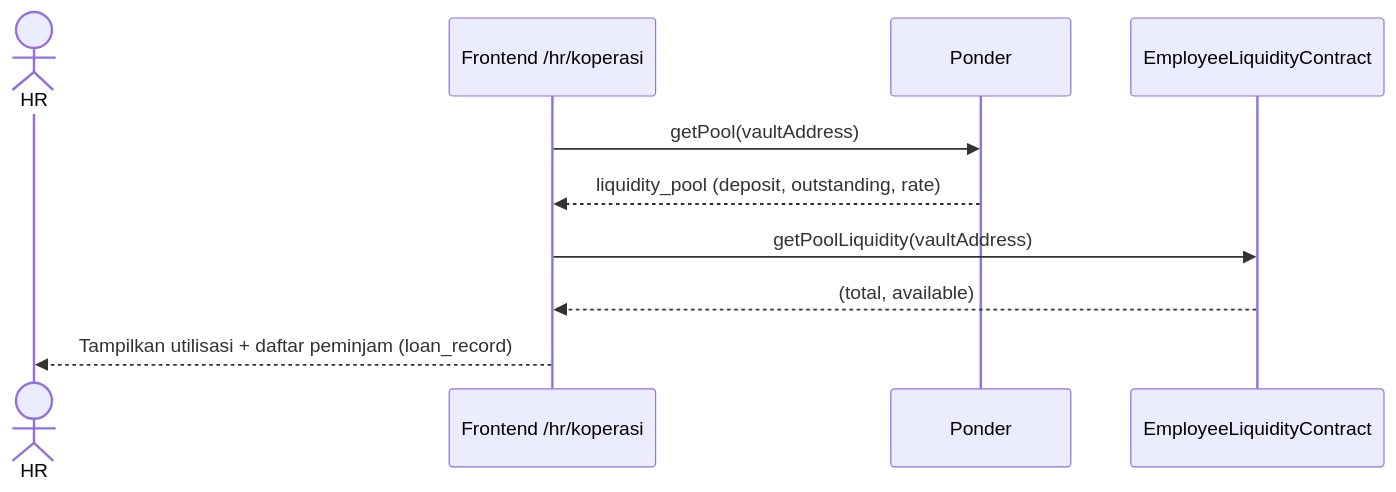
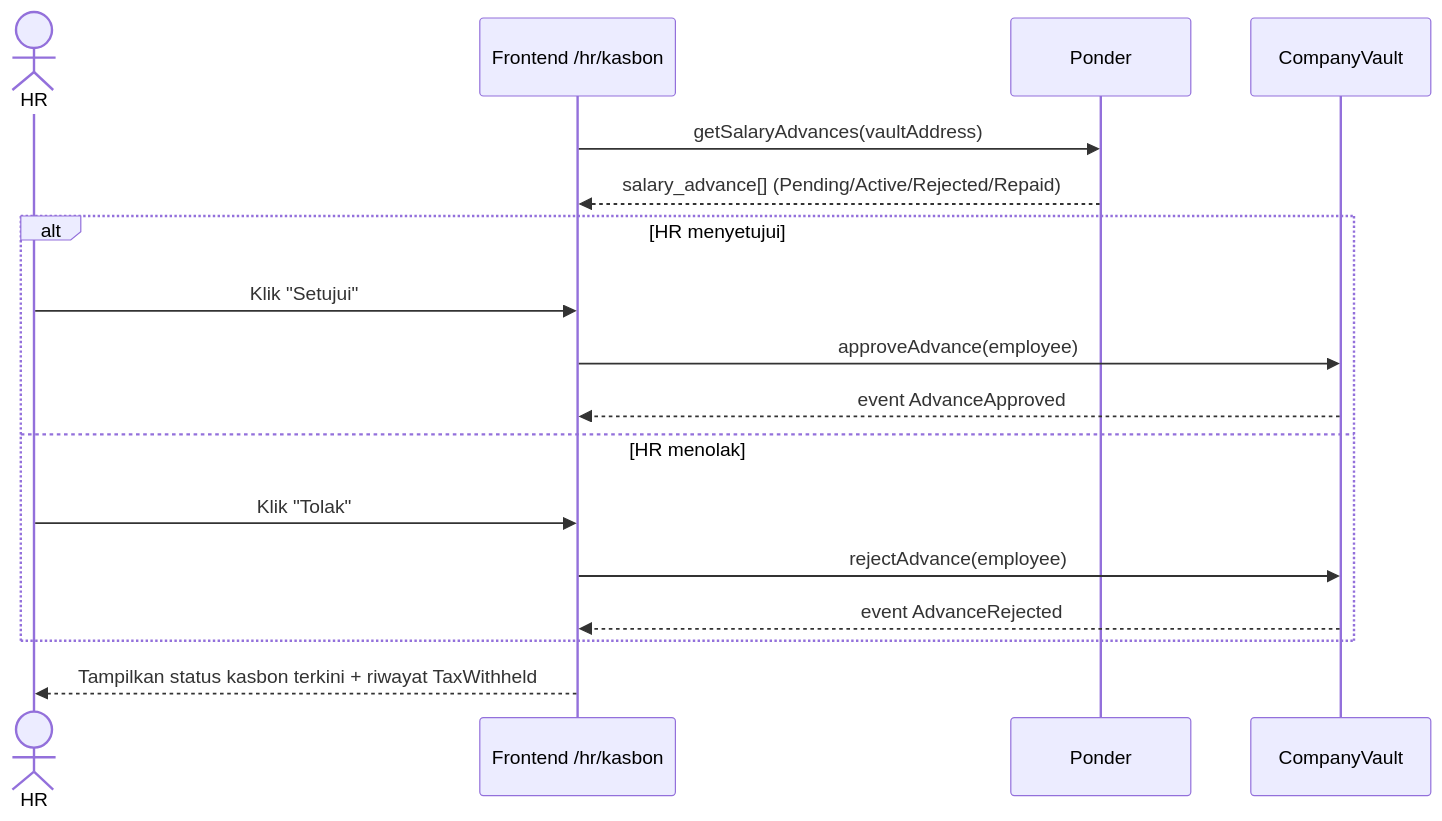
Before and after one commit to skripsi-payroll-dapp/docs: diagram 24 of 40 in docs/DPPL.md, drawn with Mermaid. The commit also changed other lines of this file and 8 other files, not shown here.

````diff
--- a/docs/DPPL.md
+++ b/docs/DPPL.md
@@ -2642,12 +2237,19 @@
 ```mermaid
 sequenceDiagram
     actor HR
-    participant FE as Frontend /hr/koperasi
+    participant FE as Frontend /hr/kasbon
     participant PO as Ponder
-    participant L as EmployeeLiquidityContract
-    FE->>PO: getPool(vaultAddress)
-    PO-->>FE: liquidity_pool (deposit, outstanding, rate)
-    FE->>L: getPoolLiquidity(vaultAddress)
-    L-->>FE: (total, available)
-    FE-->>HR: Tampilkan utilisasi + daftar peminjam (loan_record)
+    participant V as CompanyVault
+    FE->>PO: getSalaryAdvances(vaultAddress)
+    PO-->>FE: salary_advance[] (Pending/Active/Rejected/Repaid)
+    alt HR menyetujui
+        HR->>FE: Klik "Setujui"
+        FE->>V: approveAdvance(employee)
+        V-->>FE: event AdvanceApproved
+    else HR menolak
+        HR->>FE: Klik "Tolak"
+        FE->>V: rejectAdvance(employee)
+        V-->>FE: event AdvanceRejected
+    end
+    FE-->>HR: Tampilkan status kasbon terkini + riwayat TaxWithheld
 ```
````
